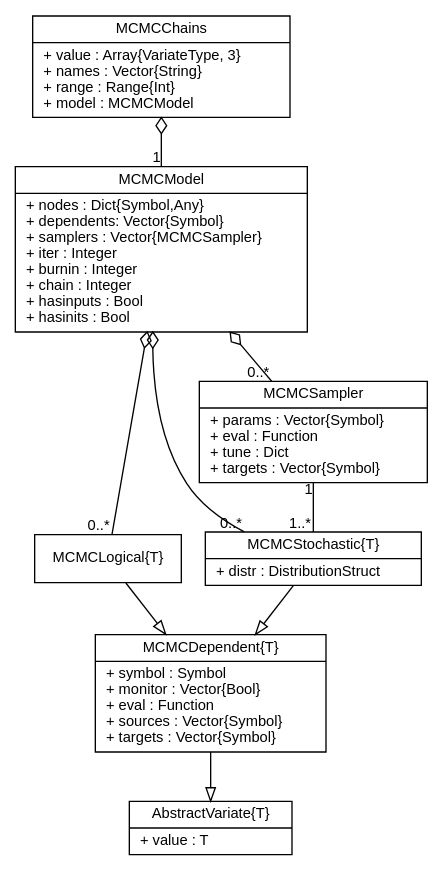
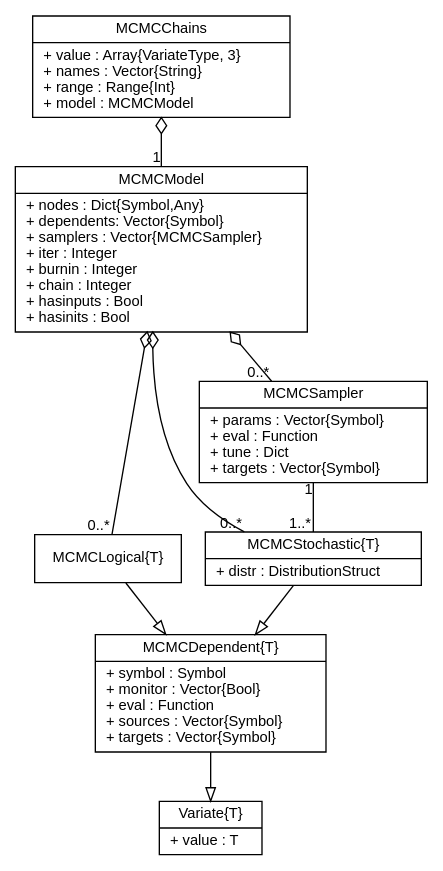
One commit to brian-j-smith/Mamba.jl changed the diagram in doc/images/mcmcUML.dot. Above: the diagram before and after it, drawn with Graphviz. The commit also changed 18 other files, not shown here.

Commit message:
Rename abstract 'AbstractVariate' types to 'Variate'.

```diff
--- a/doc/images/mcmcUML.dot
+++ b/doc/images/mcmcUML.dot
@@ -1,34 +1,34 @@
 graph MCMC {
 	fontname = "Helvetica"
 	fontsize = 11
 	overlap = scalexy
 	sep = "+0,26"
 
 	node [fontname = "Helvetica", fontsize = 11, shape = record]
 
 	edge [fontname = "Helvetica", fontsize = 11, dir = both, arrowtail = none, arrowhead = none]
 
-	AbstractVariate [label = "{AbstractVariate\{T\}|+ value : T\l}"]
+	Variate [label = "{Variate\{T\}|+ value : T\l}"]
 
 	MCMCDependent [label = "{MCMCDependent\{T\}|+ symbol : Symbol\l+ monitor : Vector\{Bool\}\l+ eval : Function\l+ sources : Vector\{Symbol\}\l+ targets : Vector\{Symbol\}\l}"]
 	
 	MCMCLogical [label = "{MCMCLogical\{T\}}"]
 	
 	MCMCStochastic [label = "{MCMCStochastic\{T\}|+ distr : DistributionStruct\l}"]
 
 	MCMCSampler [label = "{MCMCSampler|+ params : Vector\{Symbol\}\l+ eval : Function\l+ tune : Dict\l+ targets : Vector\{Symbol\}\l}"]
 	
 	MCMCModel [label = "{MCMCModel|+ nodes : Dict\{Symbol,Any\}\l+ dependents: Vector\{Symbol\}\l+ samplers : Vector\{MCMCSampler\}\l+ iter : Integer\l+ burnin : Integer\l+ chain : Integer\l+ hasinputs : Bool\l+ hasinits : Bool\l}"]
 	
 	MCMCChains [label = "{MCMCChains|+ value : Array\{VariateType, 3\}\l+ names : Vector\{String\}\l+ range : Range\{Int\}\l+ model : MCMCModel\l}"]
 
-	MCMCDependent -- AbstractVariate[len = 0.9, arrowhead = empty]
+	MCMCDependent -- Variate[len = 0.9, arrowhead = empty]
 	MCMCLogical -- MCMCDependent[arrowhead = empty]
 	MCMCStochastic -- MCMCDependent[arrowhead = empty]
 	MCMCSampler -- MCMCStochastic[len = 1.2, taillabel = "1", headlabel = "1..*"]
 	MCMCModel -- MCMCSampler[arrowtail = odiamond, headlabel = "0..*"]
 	MCMCModel -- MCMCLogical[arrowtail = odiamond, headlabel = "0..*"]
 	MCMCModel -- MCMCStochastic[arrowtail = odiamond, headlabel = "0..*"]
 	MCMCChains -- MCMCModel[len = 1.2, arrowtail = odiamond, headlabel = "1"]
 
 }
```
